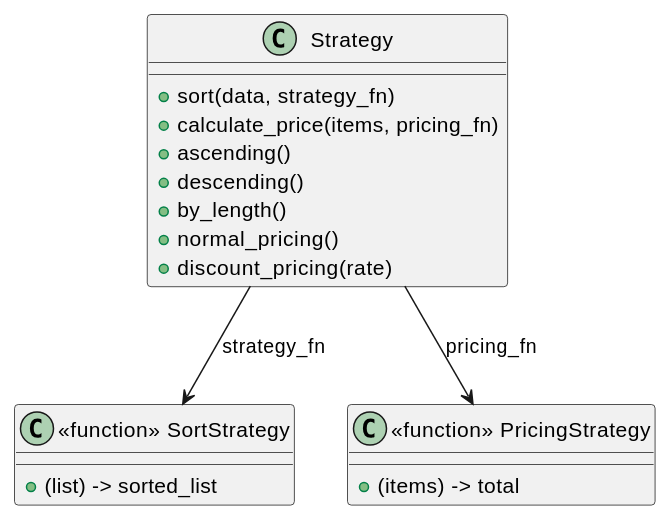
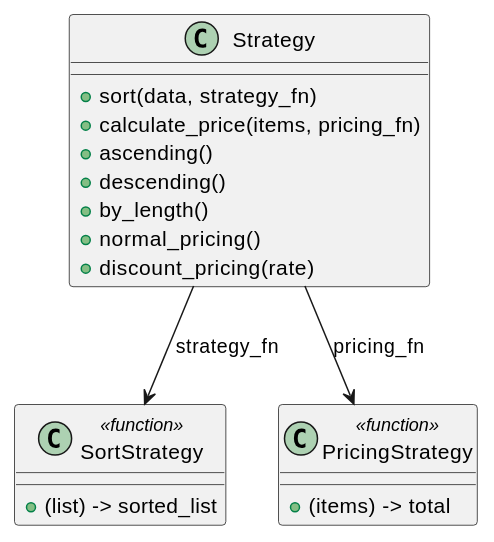
The diagram in docs/article/elixir/05-strategy.md (k2works/getting-started-design-pattern), drawn with PlantUML before and after one commit. The commit also changed 73 other files, not shown here.

Commit message:
docs(article): PlantUML 表記と記事ナビゲーションを整理

````diff
--- a/docs/article/elixir/05-strategy.md
+++ b/docs/article/elixir/05-strategy.md
@@ -9,24 +9,24 @@
 ```plantuml
 @startuml
 class "Strategy" as S {
   + sort(data, strategy_fn)
   + calculate_price(items, pricing_fn)
   + ascending()
   + descending()
   + by_length()
   + normal_pricing()
   + discount_pricing(rate)
 }
 
-class "<<function>> SortStrategy" as SS {
+class "SortStrategy" as SS <<function>> {
   + (list) -> sorted_list
 }
 
-class "<<function>> PricingStrategy" as PS {
+class "PricingStrategy" as PS <<function>> {
   + (items) -> total
 }
 
 S --> SS : strategy_fn
 S --> PS : pricing_fn
 @enduml
 ```
````
